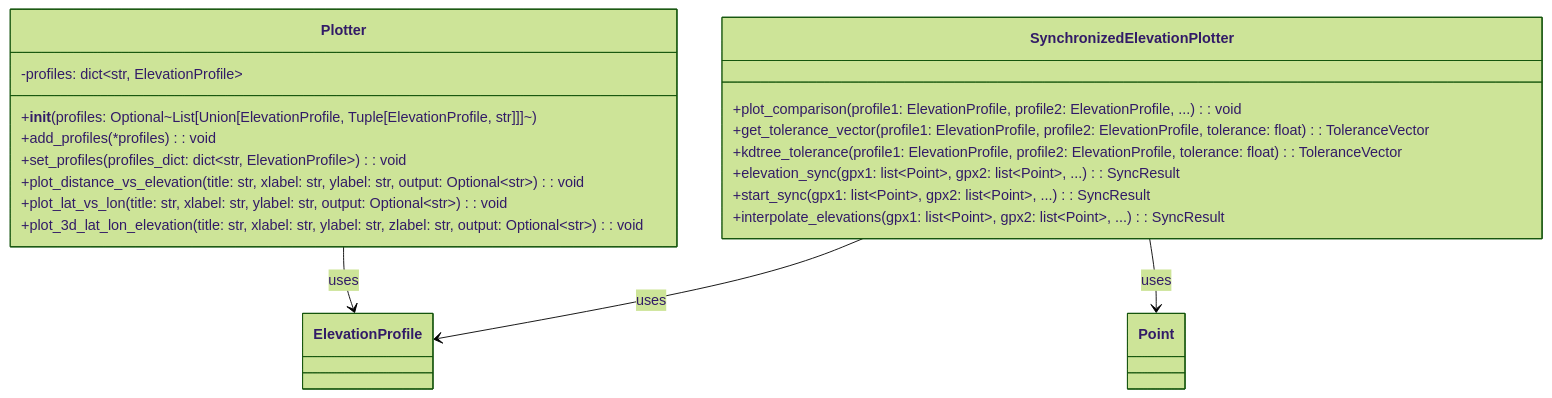
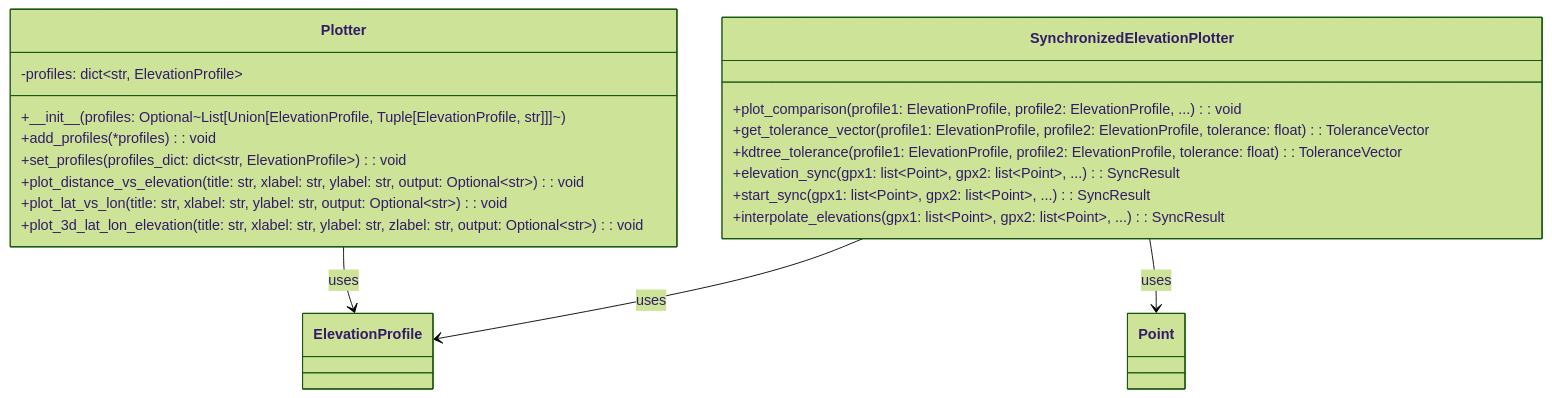
Before and after one commit to CAIProj/backend: the diagram in docs/plotter_class_diagram.md, drawn with Mermaid (forest theme). The commit also changed 1 other file, not shown here.

Commit message:
Fixed unintended bold formating of init in class diagram

````diff
--- a/docs/plotter_class_diagram.md
+++ b/docs/plotter_class_diagram.md
@@ -3,26 +3,26 @@
 ```mermaid
 classDiagram
 
     class Plotter {
         -profiles: dict~str, ElevationProfile~
-        +__init__(profiles: Optional~List[Union[ElevationProfile, Tuple[ElevationProfile, str]]]~)
+        +\_\_init\_\_(profiles: Optional~List[Union[ElevationProfile, Tuple[ElevationProfile, str]]]~)
         +add_profiles(*profiles): void
         +set_profiles(profiles_dict: dict~str, ElevationProfile~): void
         +plot_distance_vs_elevation(title: str, xlabel: str, ylabel: str, output: Optional~str~): void
         +plot_lat_vs_lon(title: str, xlabel: str, ylabel: str, output: Optional~str~): void
         +plot_3d_lat_lon_elevation(title: str, xlabel: str, ylabel: str, zlabel: str, output: Optional~str~): void
     }
 
     class SynchronizedElevationPlotter {
         +plot_comparison(profile1: ElevationProfile, profile2: ElevationProfile, ...): void
         +get_tolerance_vector(profile1: ElevationProfile, profile2: ElevationProfile, tolerance: float): ToleranceVector
         +kdtree_tolerance(profile1: ElevationProfile, profile2: ElevationProfile, tolerance: float): ToleranceVector
         +elevation_sync(gpx1: list~Point~, gpx2: list~Point~, ...): SyncResult
         +start_sync(gpx1: list~Point~, gpx2: list~Point~, ...): SyncResult
         +interpolate_elevations(gpx1: list~Point~, gpx2: list~Point~, ...): SyncResult
     }
 
     Plotter --> ElevationProfile : uses
     SynchronizedElevationPlotter --> ElevationProfile : uses
     SynchronizedElevationPlotter --> Point : uses
 ```
````
